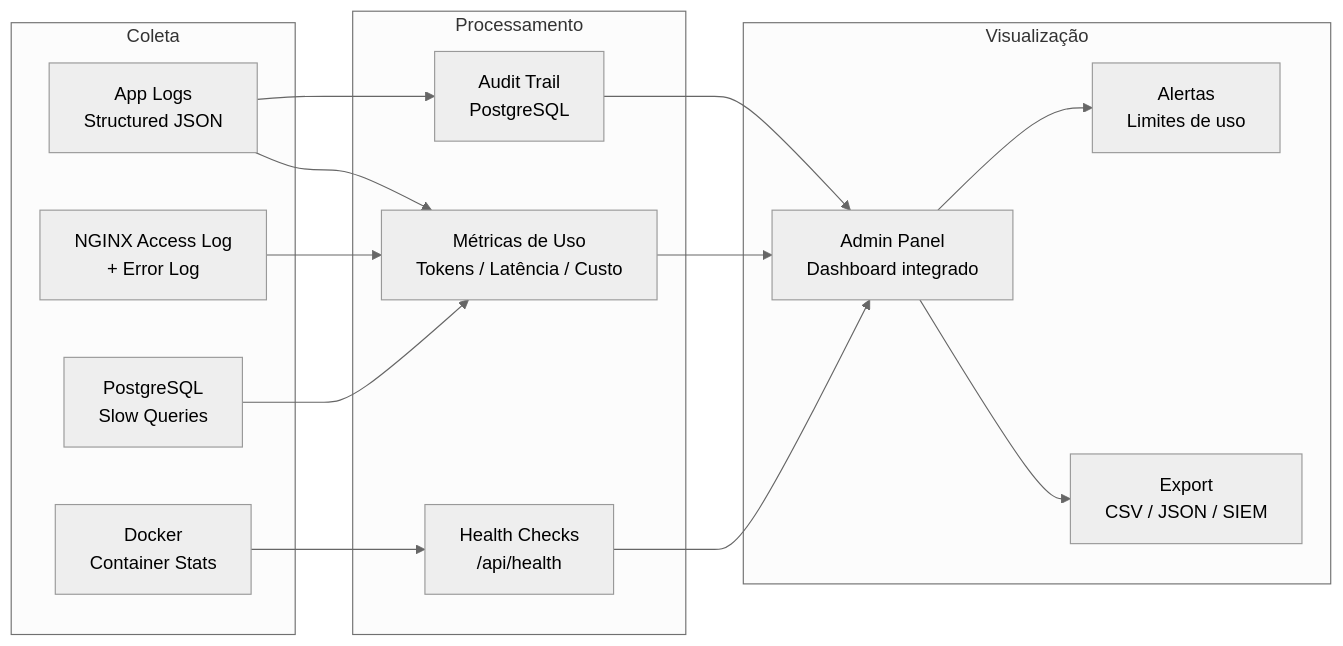
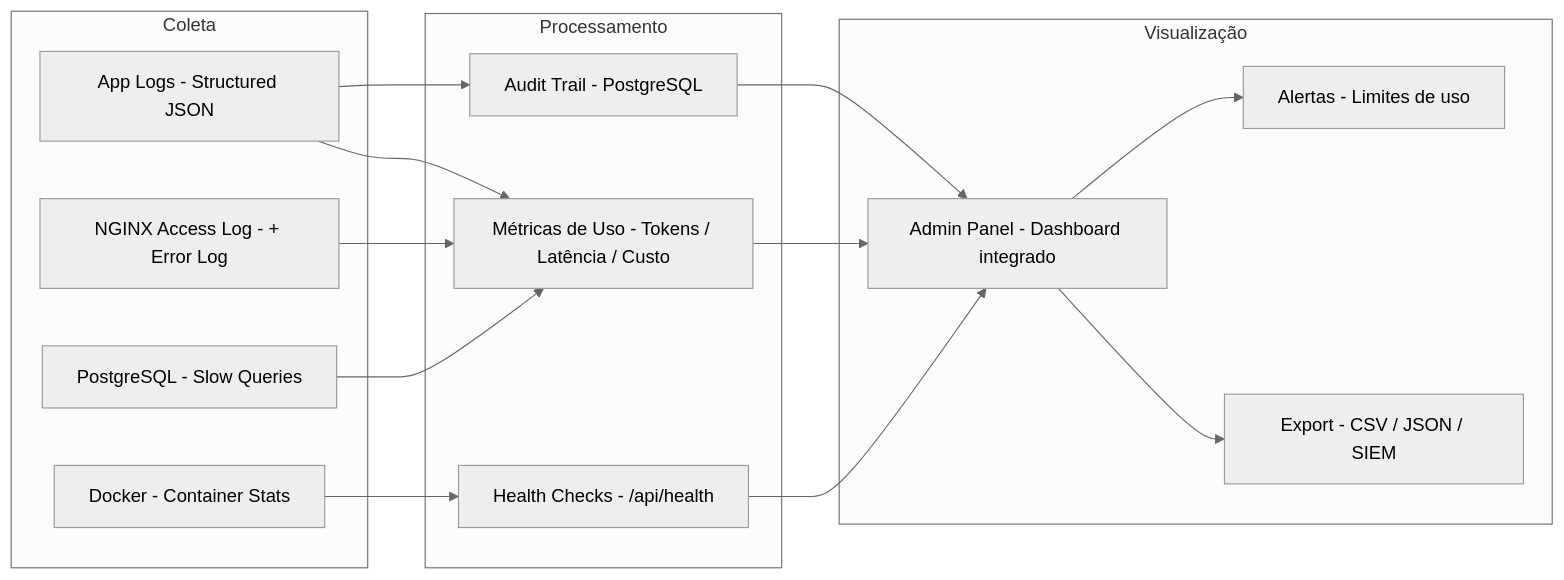
The tenth of 11 diagrams in docs/ARCHITECTURE_PTBR.md (SperryTecnologia/debuga-ai), drawn with Mermaid (neutral theme) before and after one commit. The commit also changed other lines of this file and 213 other files, not shown here.

````diff
--- a/docs/ARCHITECTURE_PTBR.md
+++ b/docs/ARCHITECTURE_PTBR.md
@@ -544,32 +544,32 @@
 ```mermaid
 graph LR
     subgraph "Coleta"
-        APPLOG[App Logs<br/>Structured JSON]
-        NGINXLOG[NGINX Access Log<br/>+ Error Log]
-        PGLOG[PostgreSQL<br/>Slow Queries]
-        DOCKERLOG[Docker<br/>Container Stats]
+        APPLOG[App Logs - Structured JSON]
+        NGINXLOG[NGINX Access Log - + Error Log]
+        PGLOG[PostgreSQL - Slow Queries]
+        DOCKERLOG[Docker - Container Stats]
     end
 
     subgraph "Processamento"
-        AUDIT3[Audit Trail<br/>PostgreSQL]
-        METRICS[Métricas de Uso<br/>Tokens / Latência / Custo]
-        HEALTH2[Health Checks<br/>/api/health]
+        AUDIT3[Audit Trail - PostgreSQL]
+        METRICS["Métricas de Uso - Tokens / Latência / Custo"]
+        HEALTH2["Health Checks - /api/health"]
     end
 
     subgraph "Visualização"
-        ADMINPANEL[Admin Panel<br/>Dashboard integrado]
-        ALERTS[Alertas<br/>Limites de uso]
-        EXPORT[Export<br/>CSV / JSON / SIEM]
+        ADMINPANEL[Admin Panel - Dashboard integrado]
+        ALERTS[Alertas - Limites de uso]
+        EXPORT["Export - CSV / JSON / SIEM"]
     end
 
     APPLOG --> AUDIT3
     APPLOG --> METRICS
     NGINXLOG --> METRICS
     PGLOG --> METRICS
     DOCKERLOG --> HEALTH2
     AUDIT3 --> ADMINPANEL
     METRICS --> ADMINPANEL
     HEALTH2 --> ADMINPANEL
     ADMINPANEL --> ALERTS
     ADMINPANEL --> EXPORT
 ```
````
